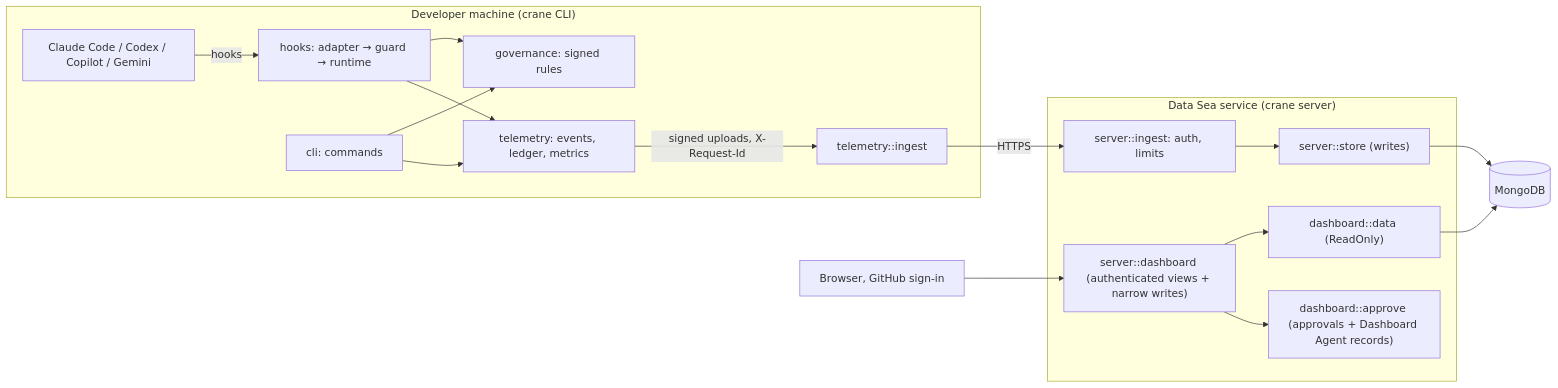
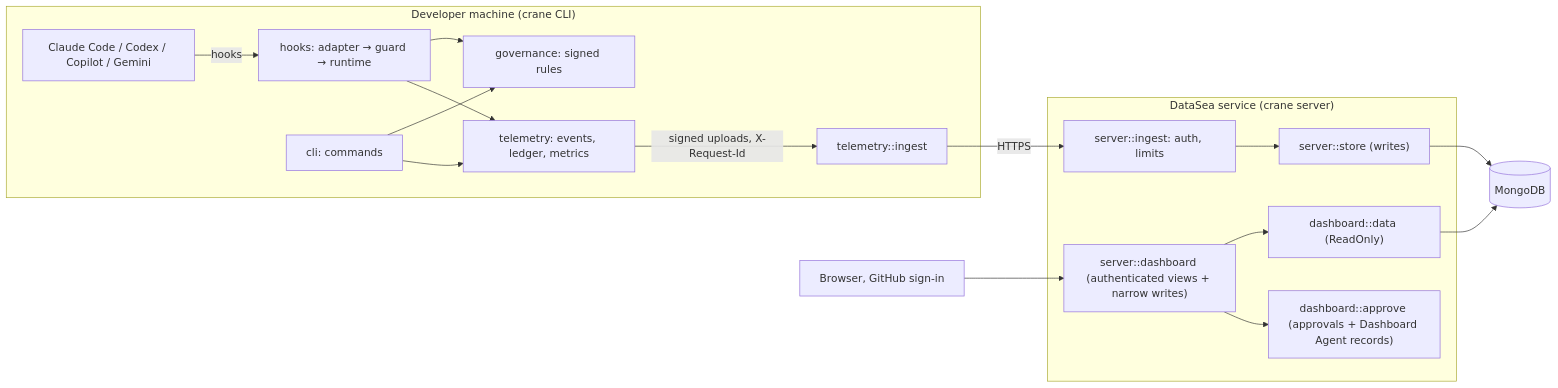
Before and after one commit to Landscape-Of-Agents/Landscape: the diagram in CONTRIBUTING.md, drawn with Mermaid. The commit also changed 28 other files, not shown here.

````diff
--- a/CONTRIBUTING.md
+++ b/CONTRIBUTING.md
@@ -85,20 +85,20 @@
 ```mermaid
 flowchart LR
   subgraph Machine["Developer machine (crane CLI)"]
     Agent["Claude Code / Codex / Copilot / Gemini"] -->|hooks| Hooks["hooks: adapter → guard → runtime"]
     CLI["cli: commands"] --> Gov["governance: signed rules"]
     Hooks --> Gov
     Hooks --> Tel["telemetry: events, ledger, metrics"]
     CLI --> Tel
     Tel -->|"signed uploads, X-Request-Id"| Up["telemetry::ingest"]
   end
   Up -->|HTTPS| Ingest
-  subgraph Service["Data Sea service (crane server)"]
+  subgraph Service["DataSea service (crane server)"]
     Ingest["server::ingest: auth, limits"] --> Store["server::store (writes)"]
     Dash["server::dashboard (authenticated views + narrow writes)"] --> Read["dashboard::data (ReadOnly)"]
     Dash --> Approval["dashboard::approve (approvals + Dashboard Agent records)"]
   end
   Store --> DB[("MongoDB")]
   Read --> DB
   Browser["Browser, GitHub sign-in"] --> Dash
 ```
````
